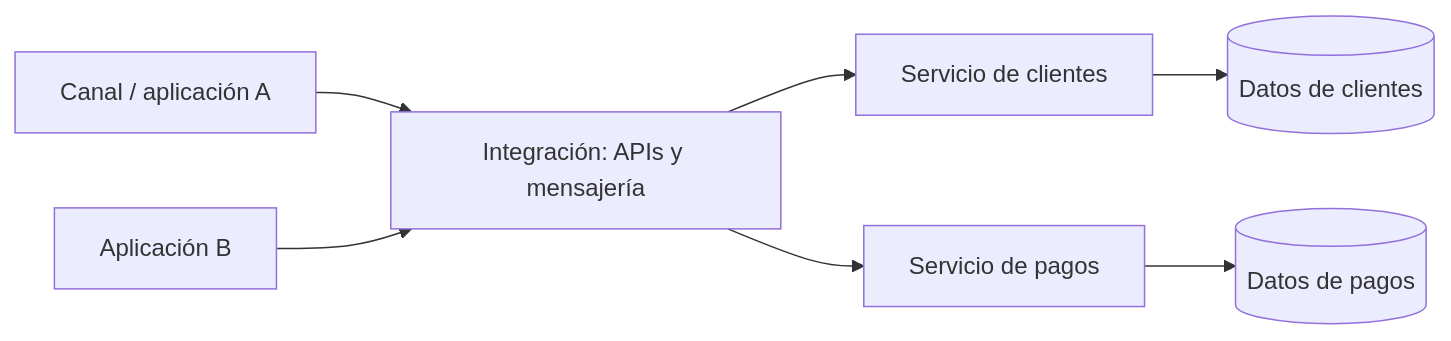
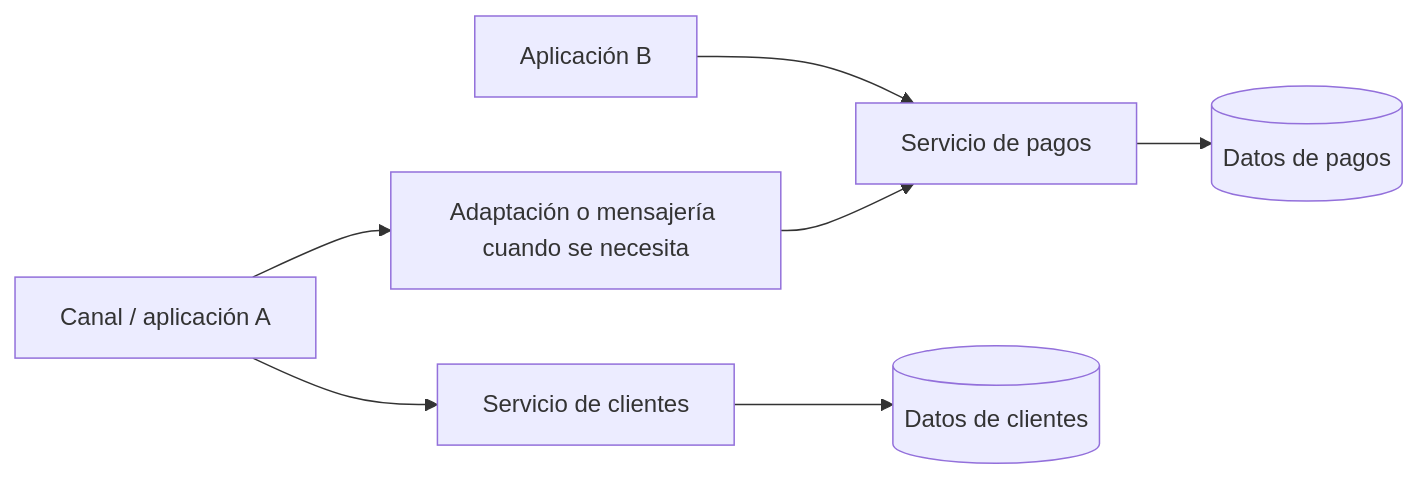
The diagram in architecture/estilos-y-patrones/soa.md (Campusoft/knowledge_base), drawn with Mermaid before and after one commit. The commit also changed other lines of this file and 5 other files, not shown here.

Commit message:
docs architecture: agregar separacion de plano de control y plano de datos y ampliar SOA

````diff
--- a/architecture/estilos-y-patrones/soa.md
+++ b/architecture/estilos-y-patrones/soa.md
@@ -15,9 +42,9 @@
 ```mermaid
 flowchart LR
-    A[Canal / aplicación A] --> G[Integración: APIs y mensajería]
-    B[Aplicación B] --> G
-    G --> S1[Servicio de clientes]
-    G --> S2[Servicio de pagos]
+    A[Canal / aplicación A] --> S1[Servicio de clientes]
+    B[Aplicación B] --> S2[Servicio de pagos]
+    A --> I[Adaptación o mensajería cuando se necesita]
+    I --> S2
     S1 --> D1[(Datos de clientes)]
     S2 --> D2[(Datos de pagos)]
 ```
````
